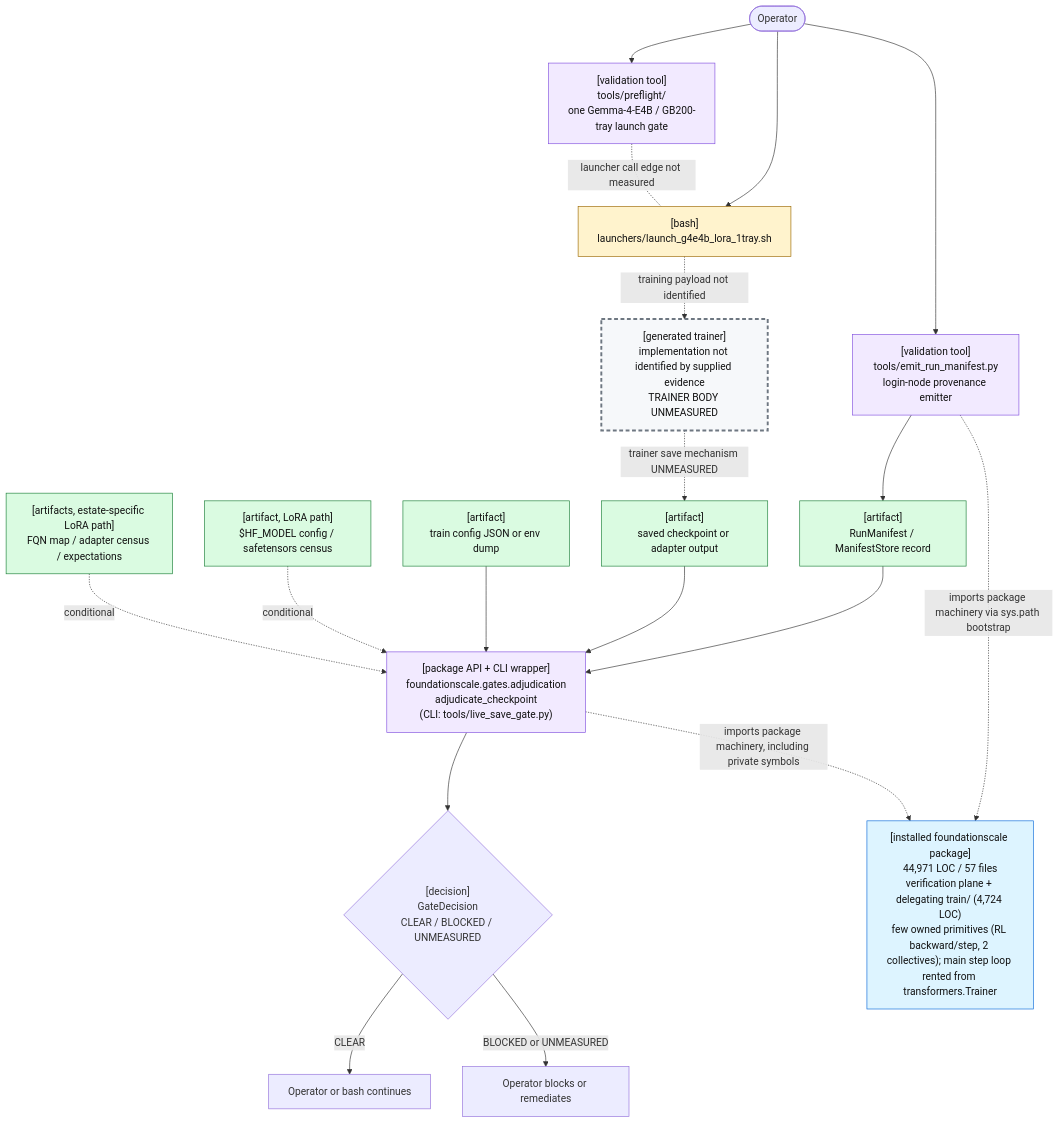
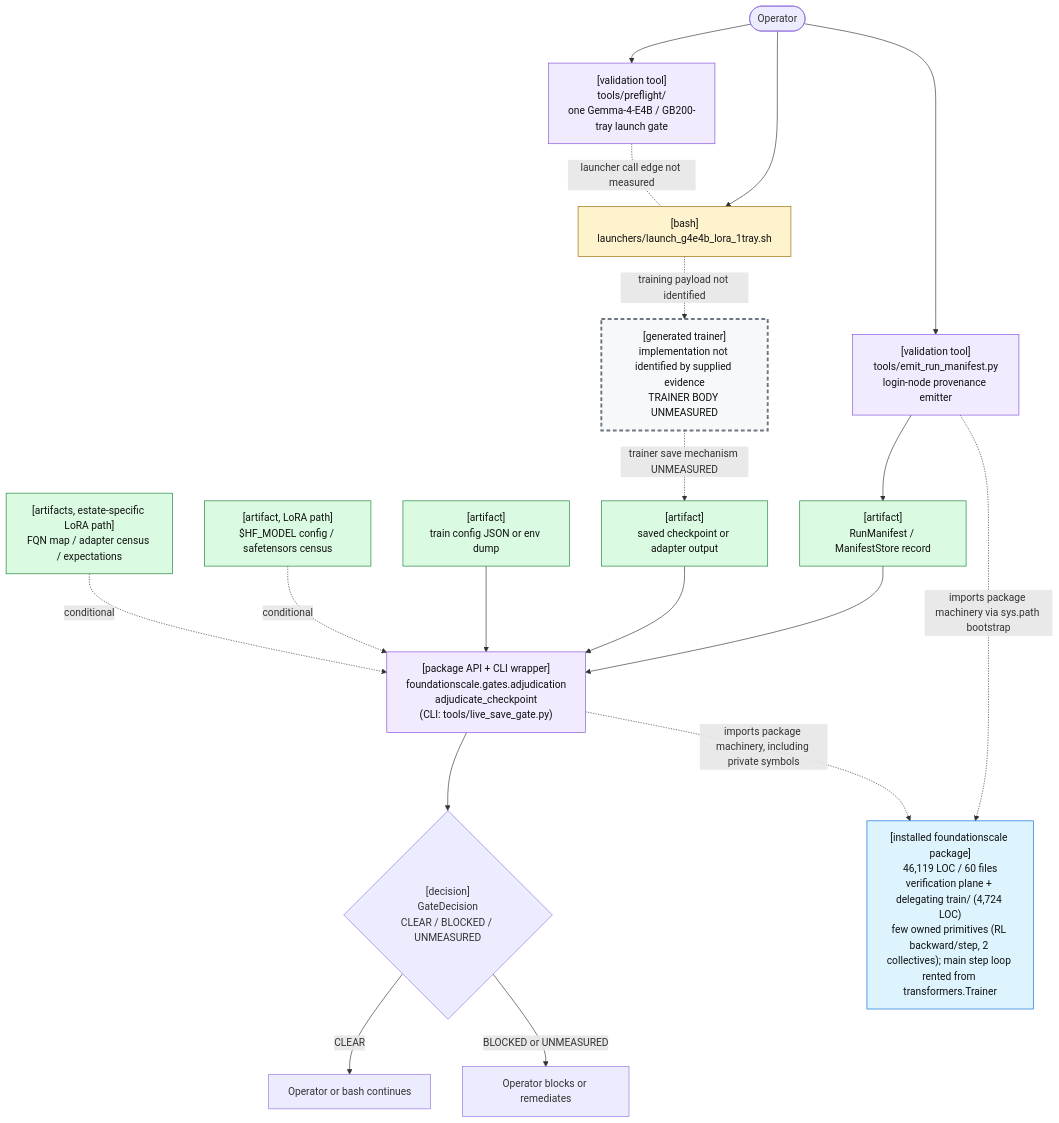
One commit to TranNhiem/FoundationScale changed the first of 2 diagrams in docs/review/D2_current_architecture.md. Above: the diagram before and after it, drawn with Mermaid. The commit also changed other lines of this file and 36 other files, not shown here.

````diff
--- a/docs/review/D2_current_architecture.md
+++ b/docs/review/D2_current_architecture.md
@@ -25,59 +25,59 @@
 ```mermaid
 flowchart TB
   O(["Operator"])
 
   PF["[validation tool]<br/>tools/preflight/<br/>one Gemma-4-E4B / GB200-tray launch gate"]
   L["[bash]<br/>launchers/launch_g4e4b_lora_1tray.sh"]
 
   E["[validation tool]<br/>tools/emit_run_manifest.py<br/>login-node provenance emitter"]
   M["[artifact]<br/>RunManifest / ManifestStore record"]
 
   T["[generated trainer]<br/>implementation not identified by supplied evidence<br/>TRAINER BODY UNMEASURED"]
   C["[artifact]<br/>saved checkpoint or adapter output"]
 
   G["[package API + CLI wrapper]<br/>foundationscale.gates.adjudication<br/>adjudicate_checkpoint<br/>(CLI: tools/live_save_gate.py)"]
   CFG["[artifact]<br/>train config JSON or env dump"]
   BASE["[artifact, LoRA path]<br/>$HF_MODEL config / safetensors census"]
   CEN["[artifacts, estate-specific LoRA path]<br/>FQN map / adapter census / expectations"]
 
   D{"[decision]<br/>GateDecision<br/>CLEAR / BLOCKED / UNMEASURED"}
   OK["Operator or bash continues"]
   NO["Operator blocks or remediates"]
 
-  PKG["[installed foundationscale package]<br/>44,971 LOC / 57 files<br/>verification plane + delegating train/ (4,724 LOC)<br/>few owned primitives (RL backward/step, 2 collectives); main step loop rented from transformers.Trainer"]
+  PKG["[installed foundationscale package]<br/>46,119 LOC / 60 files<br/>verification plane + delegating train/ (4,724 LOC)<br/>few owned primitives (RL backward/step, 2 collectives); main step loop rented from transformers.Trainer"]
 
   O --> PF
   O --> L
   PF -. "launcher call edge not measured" .- L
 
   O --> E
   E --> M
 
   L -. "training payload not identified" .-> T
   T -. "trainer save mechanism UNMEASURED" .-> C
 
   M --> G
   C --> G
   CFG --> G
   BASE -. "conditional" .-> G
   CEN -. "conditional" .-> G
 
   E -. "imports package machinery via sys.path bootstrap" .-> PKG
   G -. "imports package machinery, including private symbols" .-> PKG
 
   G --> D
   D -->|"CLEAR"| OK
   D -->|"BLOCKED or UNMEASURED"| NO
 
   classDef bash fill:#fff3cd,stroke:#9a6700,color:#111;
   classDef tool fill:#f2eaff,stroke:#8250df,color:#111;
   classDef artifact fill:#dafbe1,stroke:#1a7f37,color:#111;
   classDef gap fill:#f6f8fa,stroke:#6e7781,stroke-width:3px,stroke-dasharray: 6 4,color:#111;
   classDef pkg fill:#ddf4ff,stroke:#0969da,color:#111;
 
   class L bash;
   class PF,E,G tool;
   class M,C,CFG,BASE,CEN artifact;
   class T gap;
   class PKG pkg;
 ```
````
